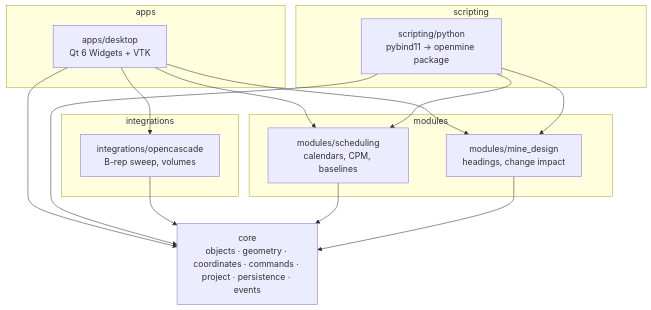
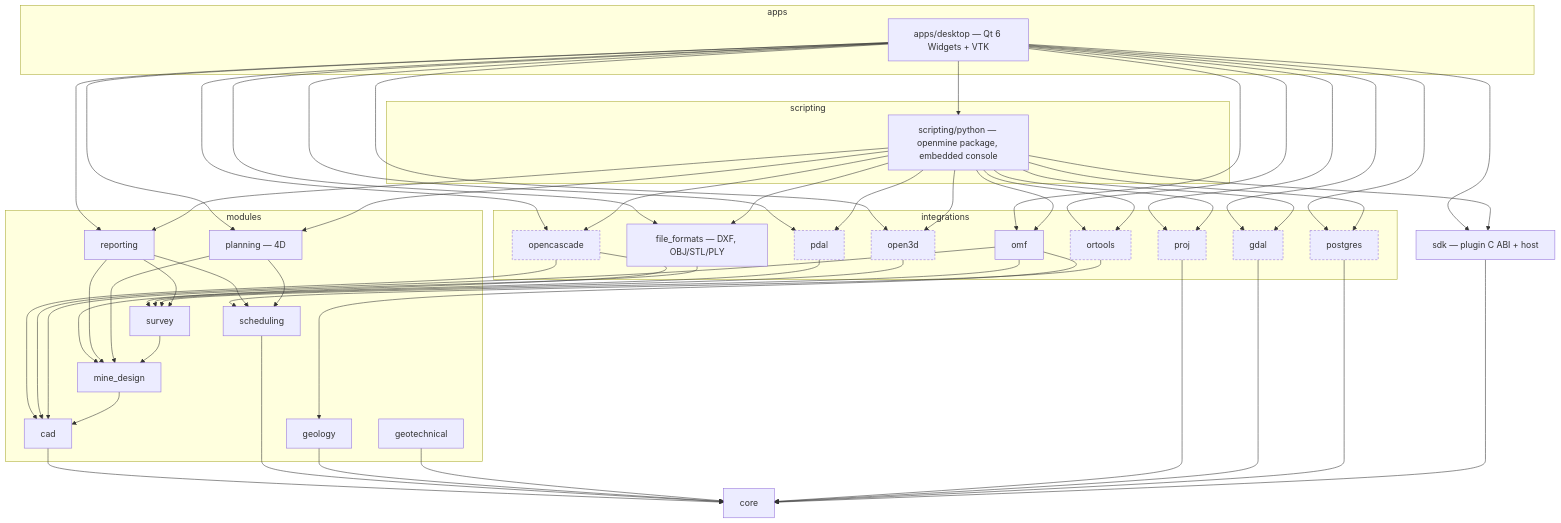
Before and after one commit to lotterinng/openmine-suite: the diagram in ARCHITECTURE.md, drawn with Mermaid. The commit also changed other lines of this file and 47 other files, not shown here.

````diff
--- a/ARCHITECTURE.md
+++ b/ARCHITECTURE.md
@@ -26,22 +33,46 @@
 ```mermaid
 graph TD
   subgraph apps
-    DESK[apps/desktop<br/>Qt 6 Widgets + VTK]
+    DESK[apps/desktop — Qt 6 Widgets + VTK]
   end
   subgraph scripting
-    PY[scripting/python<br/>pybind11 → openmine package]
+    PY[scripting/python — openmine package, embedded console]
   end
+  SDK[sdk — plugin C ABI + host]
   subgraph integrations
-    OCCT[integrations/opencascade<br/>B-rep sweep, volumes]
+    OCCT[opencascade]:::opt
+    PDAL[pdal]:::opt
+    O3D[open3d]:::opt
+    PROJ[proj]:::opt
+    GDAL[gdal]:::opt
+    ORT[ortools]:::opt
+    PG[postgres]:::opt
+    FMT[file_formats — DXF, OBJ/STL/PLY]
+    OMF[omf]
   end
   subgraph modules
-    SCHED[modules/scheduling<br/>calendars, CPM, baselines]
-    MD[modules/mine_design<br/>headings, change impact]
+    CAD[cad]
+    MD[mine_design]
+    SUR[survey]
+    SCH[scheduling]
+    PLAN[planning — 4D]
+    REP[reporting]
+    GEO[geology]
+    GT[geotechnical]
   end
-  CORE[core<br/>objects · geometry · coordinates · commands · project · persistence · events]
-  DESK --> SCHED & MD & OCCT & CORE
-  PY --> SCHED & MD & CORE
-  OCCT --> CORE
-  SCHED --> CORE
-  MD --> CORE
+  CORE[core]
+  DESK --> PY & SDK & OCCT & PDAL & O3D & PROJ & GDAL & ORT & PG & FMT & OMF & REP & PLAN
+  PY --> OCCT & PDAL & O3D & PROJ & GDAL & ORT & PG & FMT & OMF & REP & PLAN & SDK
+  OCCT --> MD & CAD
+  PDAL --> SUR
+  O3D --> SUR
+  ORT --> SCH
+  OMF --> GEO & SUR & CAD
+  FMT --> CAD
+  REP --> SCH & SUR & MD
+  PLAN --> SCH & MD
+  SUR --> MD
+  MD --> CAD
+  CAD & SCH & GEO & GT & PROJ & GDAL & PG & SDK --> CORE
+  classDef opt stroke-dasharray: 4 3
 ```
````
